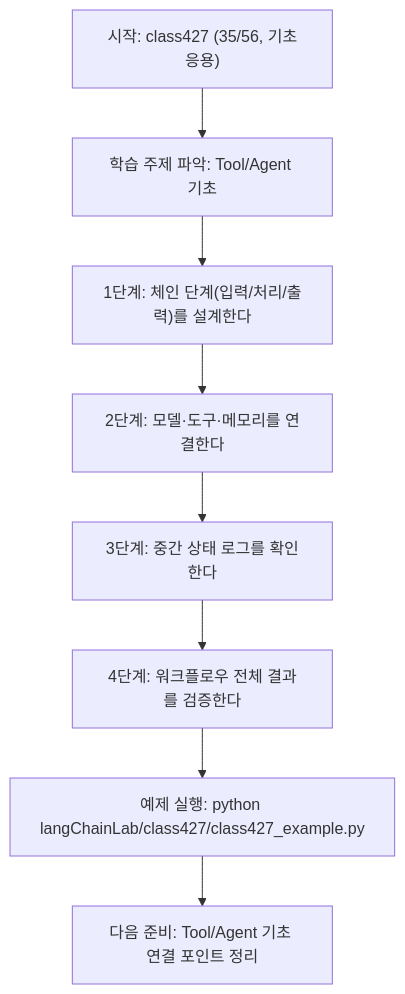
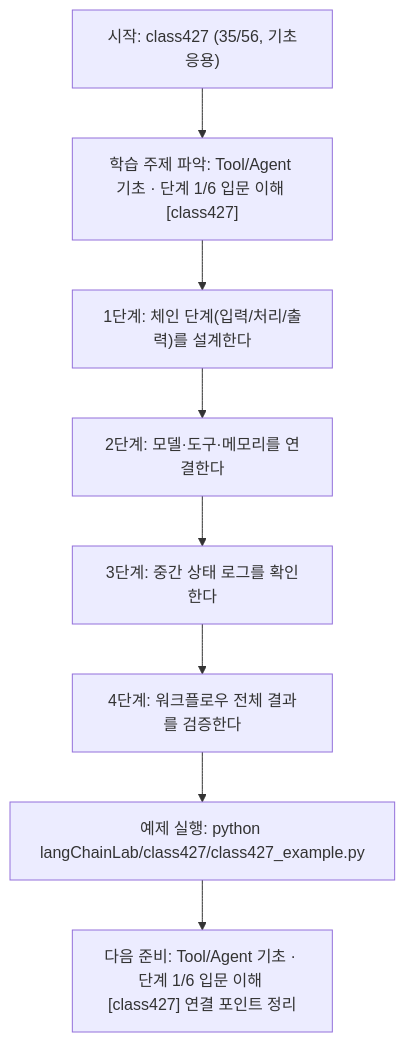
The diagram in langChainLab/class427/class427.md (edumgt/Python-AI_Agent-Class), drawn with Mermaid before and after one commit. The commit also changed other lines of this file and 522 other files, not shown here.

````diff
--- a/langChainLab/class427/class427.md
+++ b/langChainLab/class427/class427.md
@@ -109,18 +110,18 @@
 ```mermaid
 flowchart TD
 N1["시작: class427 (35/56, 기초응용)"]
-N2["학습 주제 파악: Tool/Agent 기초"]
+N2["학습 주제 파악: Tool/Agent 기초 · 단계 1/6 입문 이해 [class427]"]
 N3["1단계: 체인 단계(입력/처리/출력)를 설계한다"]
 N4["2단계: 모델·도구·메모리를 연결한다"]
 N5["3단계: 중간 상태 로그를 확인한다"]
 N6["4단계: 워크플로우 전체 결과를 검증한다"]
 N7["예제 실행: python langChainLab/class427/class427_example.py"]
-N8["다음 준비: Tool/Agent 기초 연결 포인트 정리"]
+N8["다음 준비: Tool/Agent 기초 · 단계 1/6 입문 이해 [class427] 연결 포인트 정리"]
 N1 --> N2
 N2 --> N3
 N3 --> N4
 N4 --> N5
 N5 --> N6
 N6 --> N7
 N7 --> N8
 ```
````
